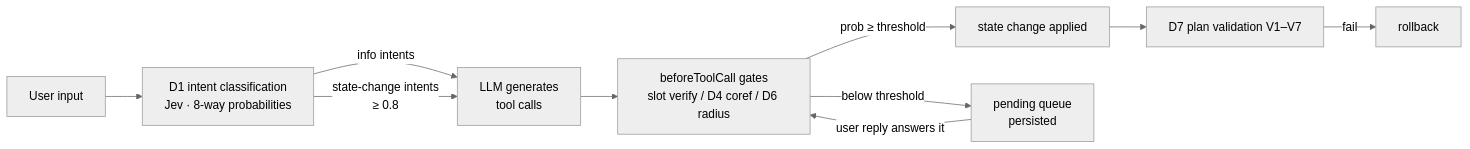
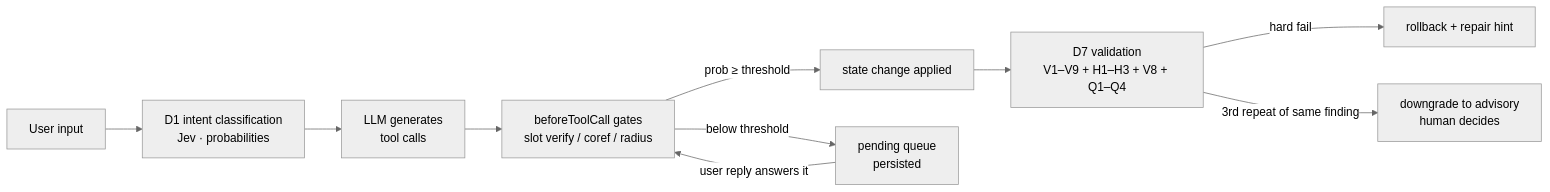
The diagram in README.md (evanpanlabs-design/RiddleTripPlanner), drawn with Mermaid (neutral theme) before and after one commit. The commit also changed other lines of this file and 1 other file, not shown here.

````diff
--- a/README.md
+++ b/README.md
@@ -86,12 +110,12 @@
 ```mermaid
 flowchart LR
-    U[User input] --> D1[D1 intent classification<br/>Jev · 8-way probabilities]
-    D1 -->|info intents| GEN[LLM generates<br/>tool calls]
-    D1 -->|state-change intents<br/>≥ 0.8| GEN
-    GEN --> GATE[beforeToolCall gates<br/>slot verify / D4 coref / D6 radius]
+    U[User input] --> D1[D1 intent classification<br/>Jev · probabilities]
+    D1 --> GEN[LLM generates<br/>tool calls]
+    GEN --> GATE[beforeToolCall gates<br/>slot verify / coref / radius]
     GATE -->|prob ≥ threshold| APPLY[state change applied]
     GATE -->|below threshold| PQ[pending queue<br/>persisted]
     PQ -->|user reply answers it| GATE
-    APPLY --> D7[D7 plan validation V1–V7]
-    D7 -->|fail| RB[rollback]
+    APPLY --> D7[D7 validation<br/>V1–V9 + H1–H3 + V8 + Q1–Q4]
+    D7 -->|hard fail| RB[rollback + repair hint]
+    D7 -->|3rd repeat of same finding| ADV[downgrade to advisory<br/>human decides]
 ```
````
